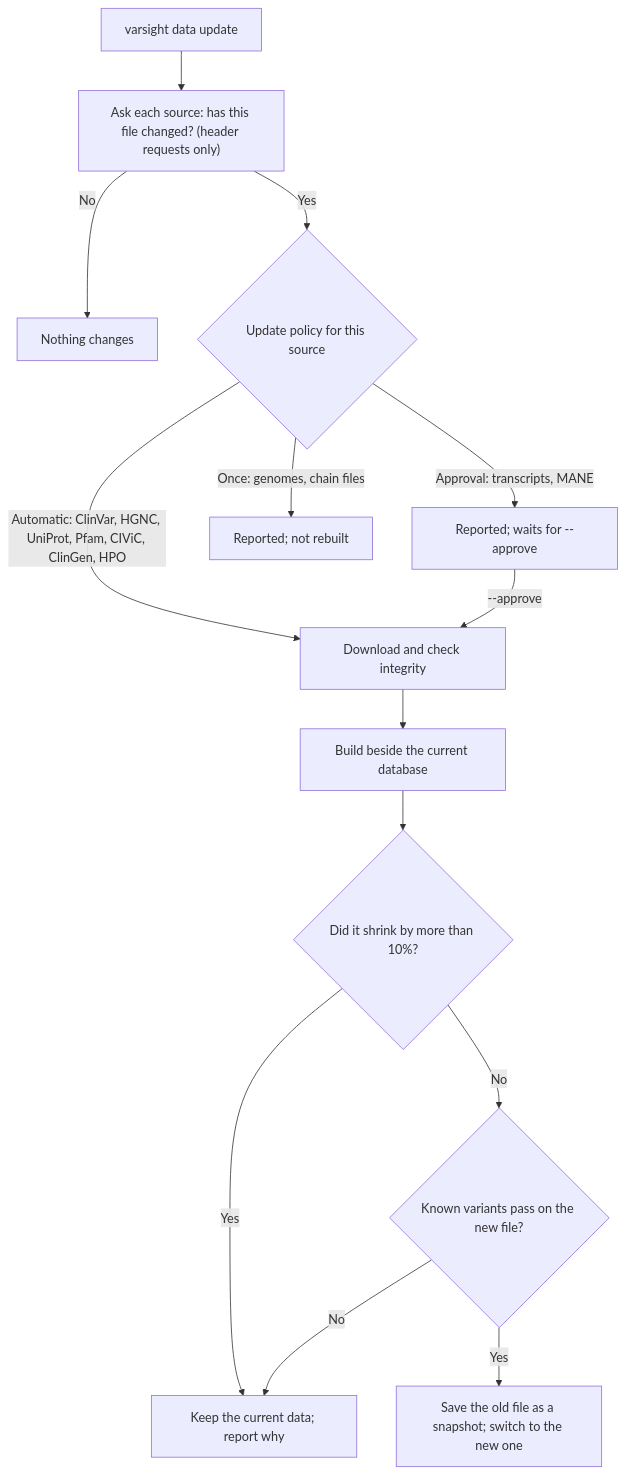
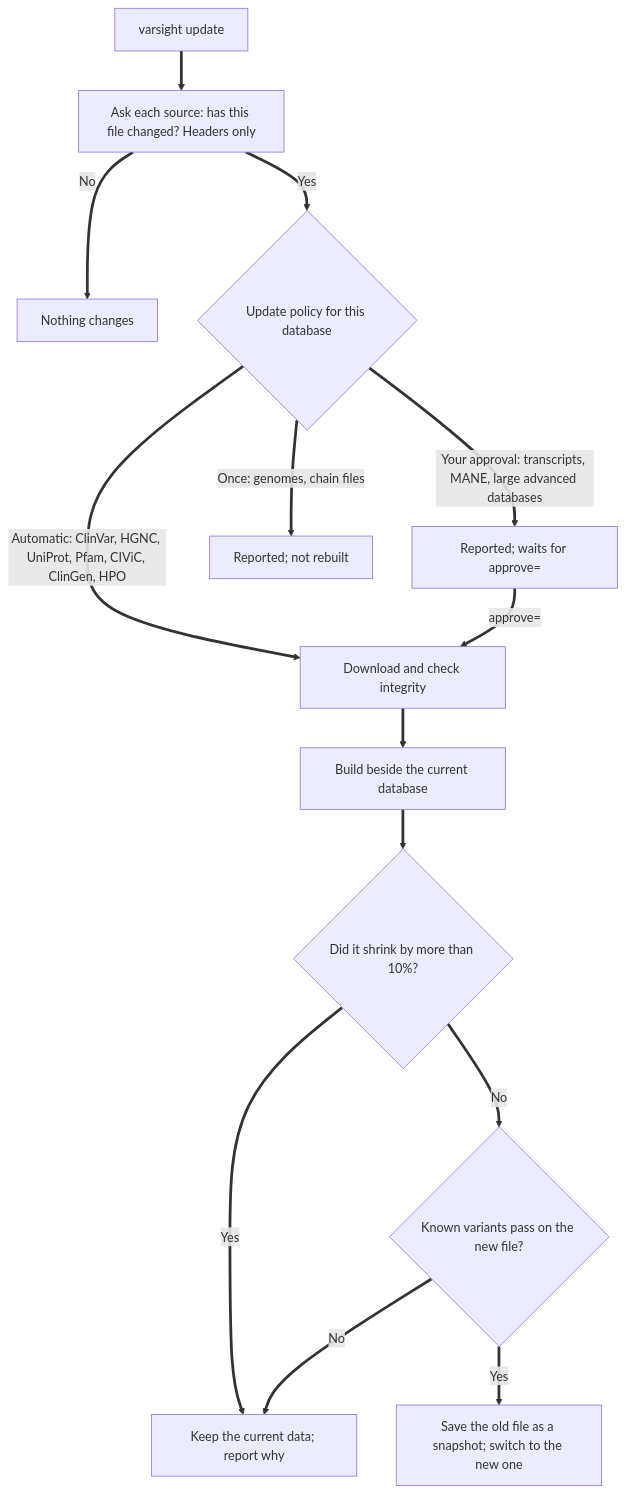
One commit to prabirsh/VarShift changed the diagram in docs/updates.md. Above: the diagram before and after it, drawn with Mermaid. The commit also changed other lines of this file and 76 other files, not shown here.

````diff
--- a/docs/updates.md
+++ b/docs/updates.md
@@ -5,16 +32,16 @@
 ```mermaid
 flowchart TD
-    START["varsight data update"] --> CHECK["Ask each source: has this file changed? (header requests only)"]
-    CHECK -->|"No"| DONE["Nothing changes"]
-    CHECK -->|"Yes"| POLICY{"Update policy for this source"}
-    POLICY -->|"Automatic: ClinVar, HGNC, UniProt, Pfam, CIViC, ClinGen, HPO"| DOWNLOAD
-    POLICY -->|"Approval: transcripts, MANE"| WAIT["Reported; waits for --approve"]
-    POLICY -->|"Once: genomes, chain files"| SKIP["Reported; not rebuilt"]
-    WAIT -->|"--approve"| DOWNLOAD["Download and check integrity"]
-    DOWNLOAD --> BUILD["Build beside the current database"]
-    BUILD --> SHRINK{"Did it shrink by more than 10%?"}
-    SHRINK -->|"Yes"| KEEP["Keep the current data; report why"]
-    SHRINK -->|"No"| TEST{"Known variants pass on the new file?"}
-    TEST -->|"No"| KEEP
-    TEST -->|"Yes"| SWITCH["Save the old file as a snapshot; switch to the new one"]
+    START["varsight update"] ==> CHECK["Ask each source: has this file changed? Headers only"]
+    CHECK ==>|"No"| DONE["Nothing changes"]
+    CHECK ==>|"Yes"| POLICY{"Update policy for this database"}
+    POLICY ==>|"Automatic: ClinVar, HGNC, UniProt, Pfam, CIViC, ClinGen, HPO"| DOWNLOAD
+    POLICY ==>|"Your approval: transcripts, MANE, large advanced databases"| WAIT["Reported; waits for approve="]
+    POLICY ==>|"Once: genomes, chain files"| SKIP["Reported; not rebuilt"]
+    WAIT ==>|"approve="| DOWNLOAD["Download and check integrity"]
+    DOWNLOAD ==> BUILD["Build beside the current database"]
+    BUILD ==> SHRINK{"Did it shrink by more than 10%?"}
+    SHRINK ==>|"Yes"| KEEP["Keep the current data; report why"]
+    SHRINK ==>|"No"| TEST{"Known variants pass on the new file?"}
+    TEST ==>|"No"| KEEP
+    TEST ==>|"Yes"| SWITCH["Save the old file as a snapshot; switch to the new one"]
 ```
````
